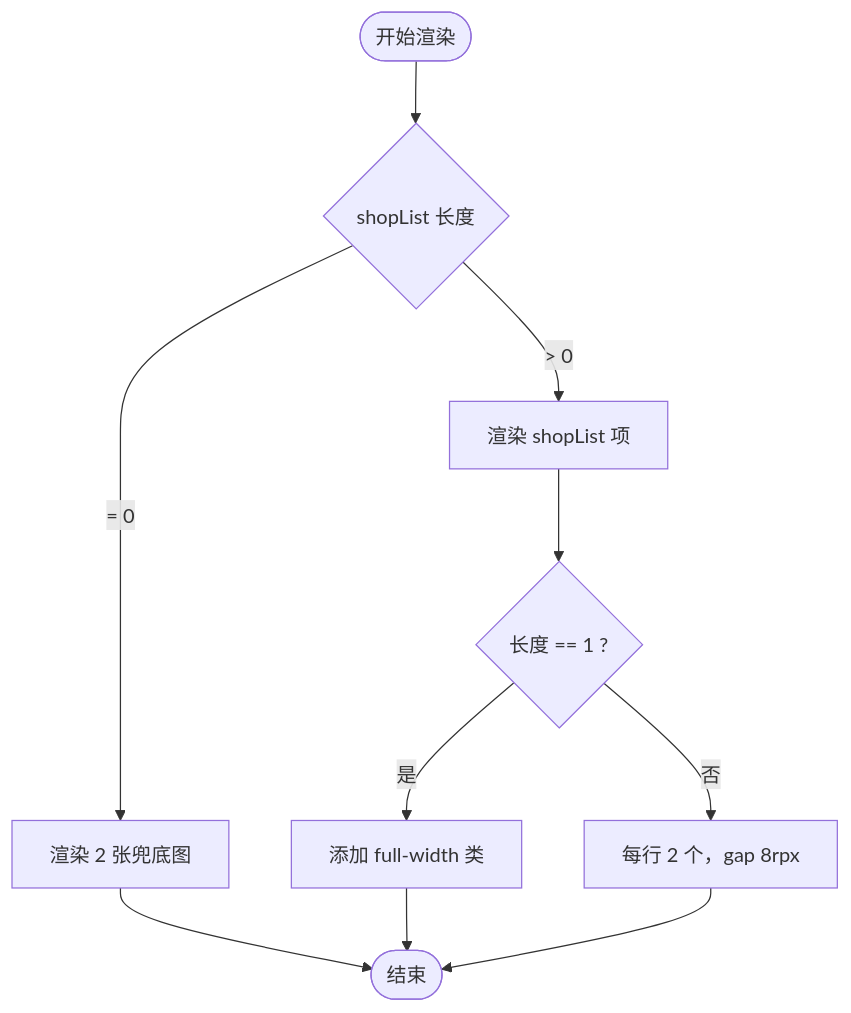
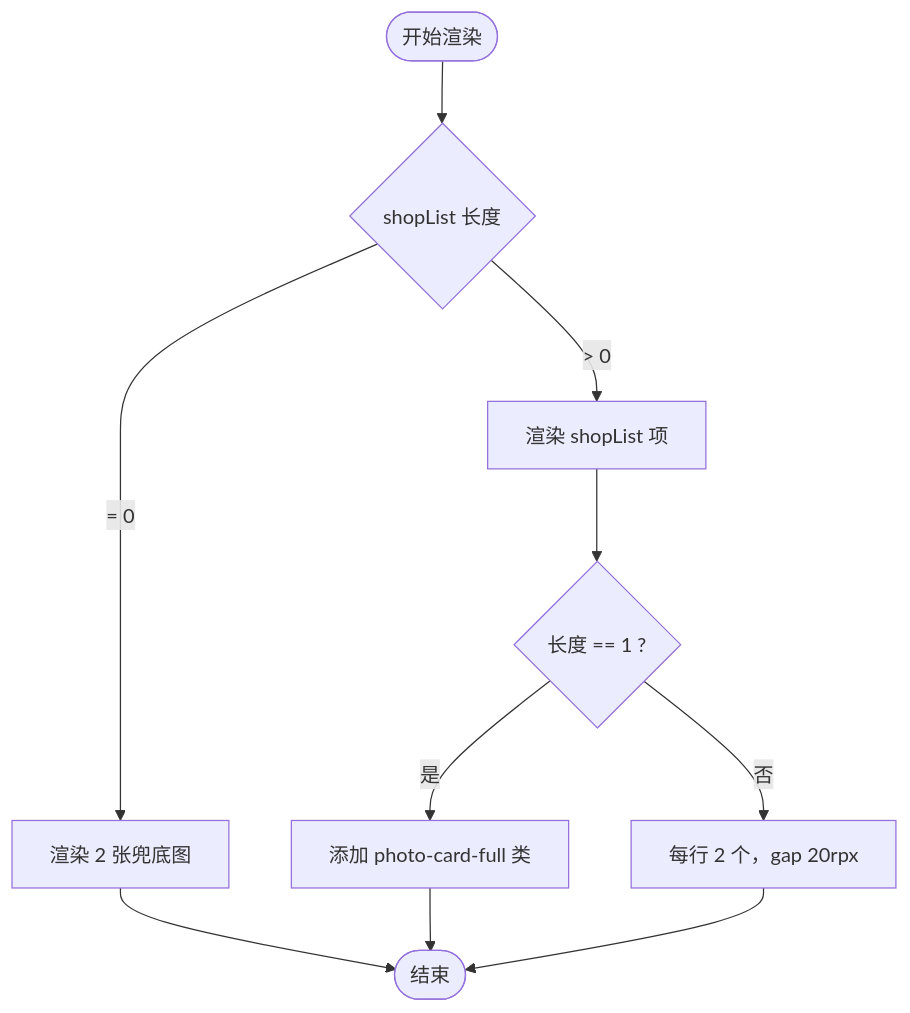
Before and after one commit to crazyma99/blueberry: the third of 5 diagrams in .qoder/repowiki/zh/content/核心功能模块/客片管理系统/客片列表展示/图片网格组件.md, drawn with Mermaid. The commit also changed other lines of this file and 79 other files, not shown here.

````diff
--- a/.qoder/repowiki/zh/content/核心功能模块/客片管理系统/客片列表展示/图片网格组件.md
+++ b/.qoder/repowiki/zh/content/核心功能模块/客片管理系统/客片列表展示/图片网格组件.md
@@ -131,12 +147,12 @@
 ```mermaid
 flowchart TD
 Start(["开始渲染"]) --> CheckLen{"shopList 长度"}
 CheckLen --> |> 0| RenderCards["渲染 shopList 项"]
 CheckLen --> |= 0| Fallback["渲染 2 张兜底图"]
 RenderCards --> Single{"长度 == 1 ?"}
-Single --> |是| FullWidth["添加 full-width 类"]
-Single --> |否| TwoCols["每行 2 个，gap 8rpx"]
+Single --> |是| FullWidth["添加 photo-card-full 类"]
+Single --> |否| TwoCols["每行 2 个，gap 20rpx"]
 Fallback --> End(["结束"])
 FullWidth --> End
 TwoCols --> End
 ```
````
